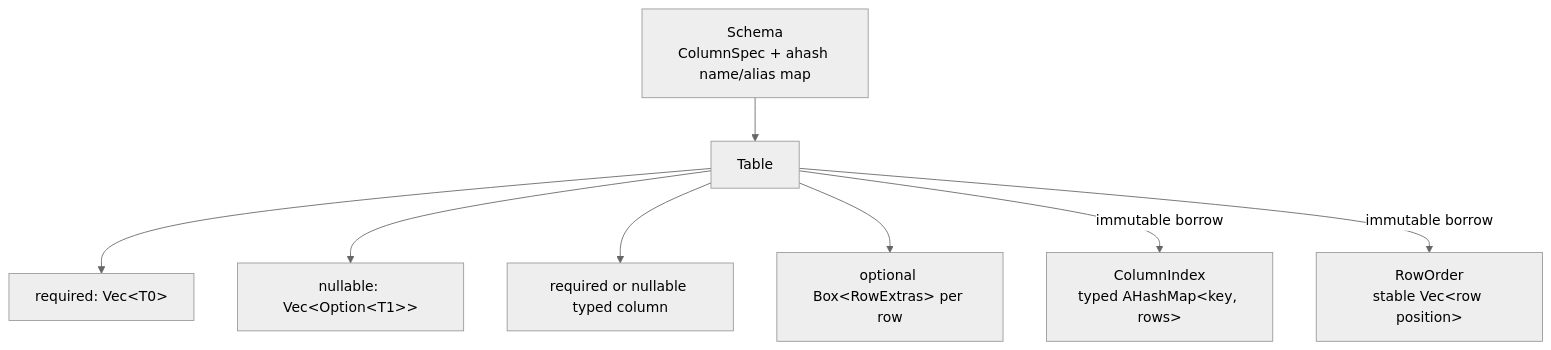
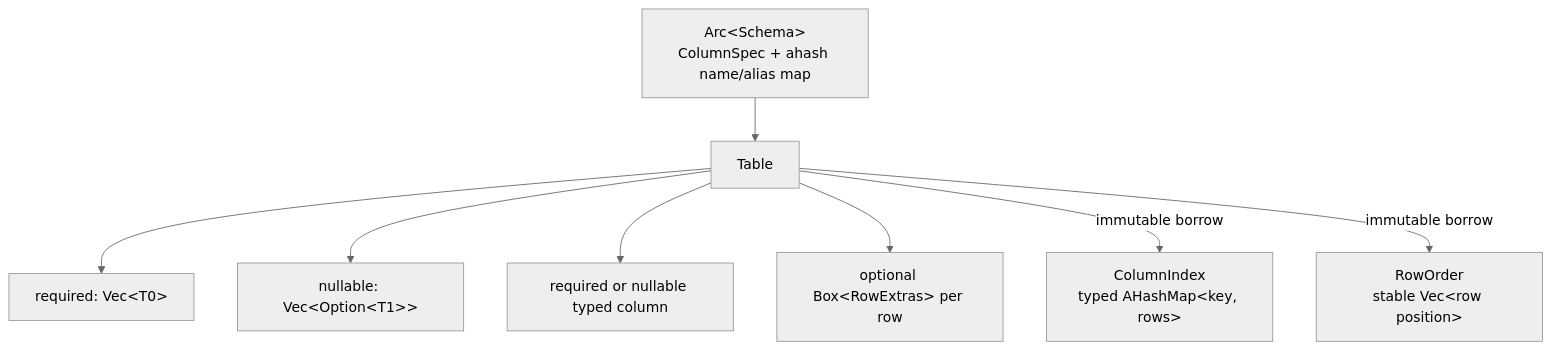
The first of 5 diagrams in docs/high-level/table.md (kjn-void/gd-rs), drawn with Mermaid (neutral theme) before and after one commit. The commit also changed other lines of this file and 6 other files, not shown here.

First line of the commit message:
Share immutable table schemas with Arc

````diff
--- a/docs/high-level/table.md
+++ b/docs/high-level/table.md
@@ -7,10 +8,10 @@
 ```mermaid
 flowchart TD
-    Schema["Schema\nColumnSpec + ahash name/alias map"] --> Table
+    Schema["Arc&lt;Schema&gt;\nColumnSpec + ahash name/alias map"] --> Table
     Table --> C0["required: Vec&lt;T0&gt;"]
     Table --> C1["nullable: Vec&lt;Option&lt;T1&gt;&gt;"]
     Table --> CN["required or nullable typed column"]
     Table --> Extras["optional Box&lt;RowExtras&gt; per row"]
     Table -->|"immutable borrow"| Index["ColumnIndex\ntyped AHashMap&lt;key, rows&gt;"]
     Table -->|"immutable borrow"| Order["RowOrder\nstable Vec&lt;row position&gt;"]
 ```
````
